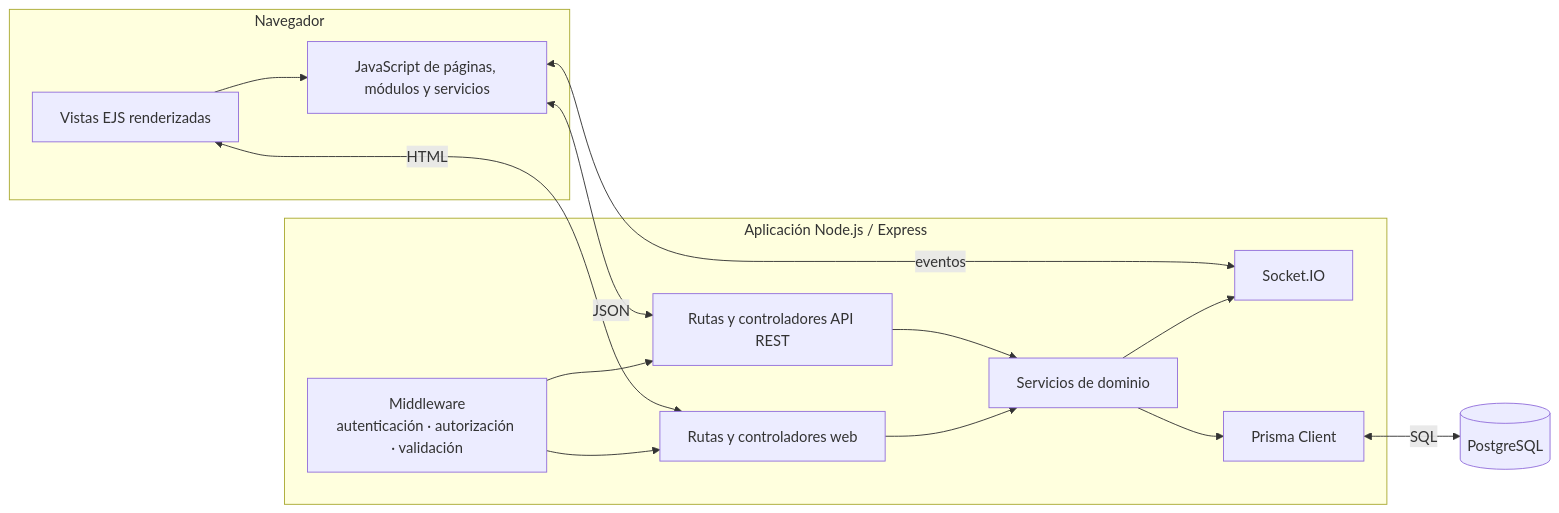
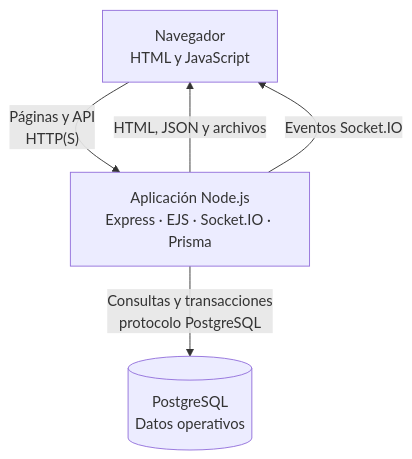
One commit to gpgsistemas01/nexus changed the second of 5 diagrams in docs/architecture/views/physical/01-system-runtime-and-deployment.md. Above: the diagram before and after it, drawn with Mermaid. The commit also changed other lines of this file and 3 other files, not shown here.

````diff
--- a/docs/architecture/views/physical/01-system-runtime-and-deployment.md
+++ b/docs/architecture/views/physical/01-system-runtime-and-deployment.md
@@ -33,30 +48,10 @@
 ```mermaid
-flowchart LR
-    subgraph client["Navegador"]
-        pages["Vistas EJS renderizadas"]
-        scripts["JavaScript de páginas, módulos y servicios"]
-        pages --> scripts
-    end
-
-    subgraph server["Aplicación Node.js / Express"]
-        middleware["Middleware<br/>autenticación · autorización · validación"]
-        webRoutes["Rutas y controladores web"]
-        apiRoutes["Rutas y controladores API REST"]
-        services["Servicios de dominio"]
-        realtime["Socket.IO"]
-        prisma["Prisma Client"]
-
-        middleware --> webRoutes
-        middleware --> apiRoutes
-        webRoutes --> services
-        apiRoutes --> services
-        services --> prisma
-        services --> realtime
-    end
-
-    database[("PostgreSQL")]
-    pages <-->|"HTML"| webRoutes
-    scripts <-->|"JSON"| apiRoutes
-    scripts <-->|"eventos"| realtime
-    prisma <-->|"SQL"| database
+flowchart TB
+    browser["Navegador<br/>HTML y JavaScript"]
+    application["Aplicación Node.js<br/>Express · EJS · Socket.IO · Prisma"]
+    database[("PostgreSQL<br/>Datos operativos")]
+    browser -->|"Páginas y API<br/>HTTP(S)"| application
+    application -->|"HTML, JSON y archivos"| browser
+    application -->|"Eventos Socket.IO"| browser
+    application -->|"Consultas y transacciones<br/>protocolo PostgreSQL"| database
 ```
````
